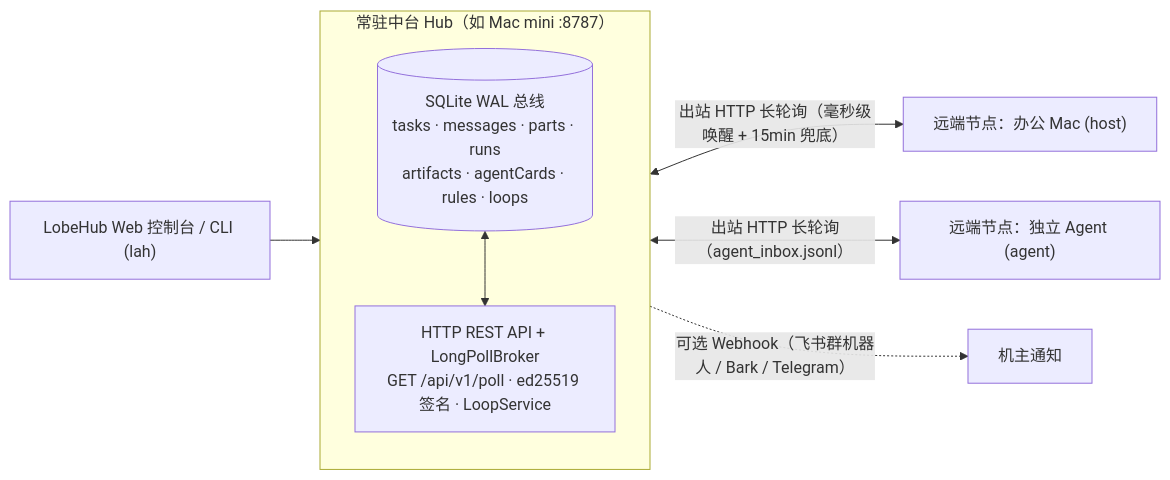
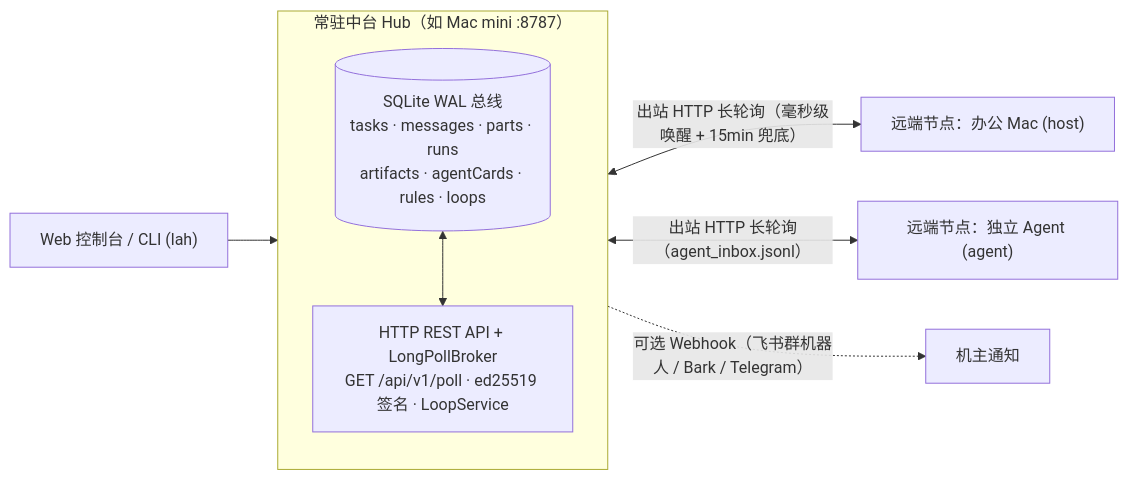
One commit to backtomyfuture/a2a-hub changed the diagram in README.md. Above: the diagram before and after it, drawn with Mermaid. The commit also changed other lines of this file and 13 other files, not shown here.

Commit message:
chore: rename project from lobe-a2a-hub to a2a-hub

````diff
--- a/README.md
+++ b/README.md
@@ -31,13 +31,13 @@
 ```mermaid
 flowchart LR
-    WEB["LobeHub Web 控制台 / CLI (lah)"] --> HUB
+    WEB["Web 控制台 / CLI (lah)"] --> HUB
     subgraph HUB["常驻中台 Hub（如 Mac mini :8787）"]
         direction TB
         SQL[("SQLite WAL 总线\ntasks · messages · parts · runs\nartifacts · agentCards · rules · loops")]
         API["HTTP REST API + LongPollBroker\nGET /api/v1/poll · ed25519 签名 · LoopService"]
         SQL <--> API
     end
     HUB <-->|"出站 HTTP 长轮询（毫秒级唤醒 + 15min 兜底）"| N1["远端节点：办公 Mac (host)"]
     HUB <-->|"出站 HTTP 长轮询（agent_inbox.jsonl）"| N2["远端节点：独立 Agent (agent)"]
     HUB -.->|"可选 Webhook（飞书群机器人 / Bark / Telegram）"| OWNER["机主通知"]
 ```
````
